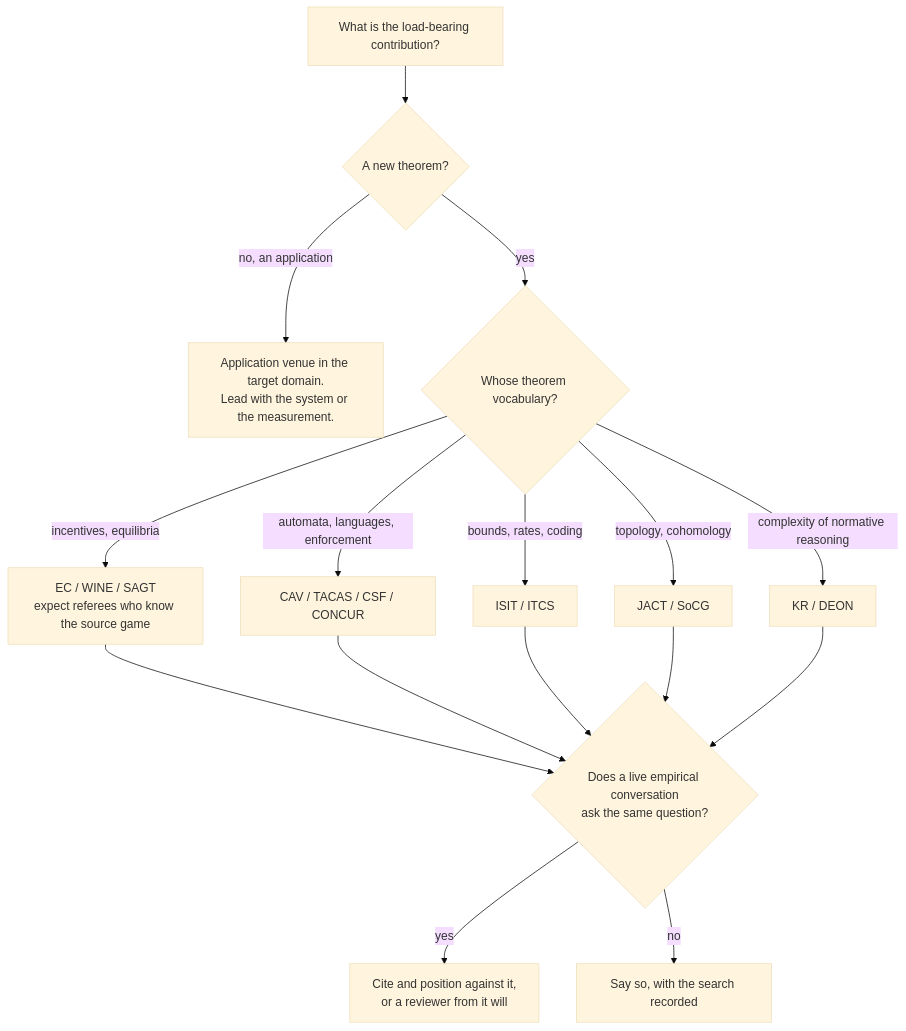
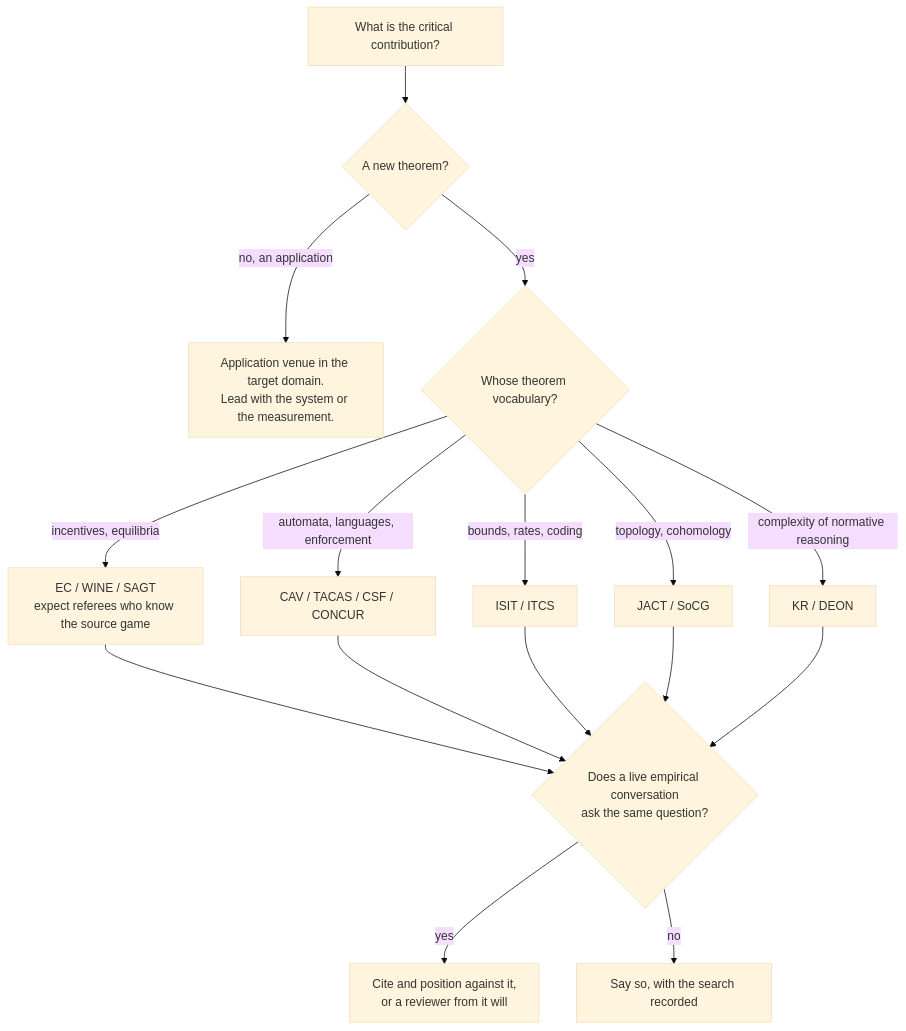
The diagram in skills/research-paper-submission/references/venue-map.md (curiositech/port-daddy), drawn with Mermaid (base theme) before and after one commit. The commit also changed 540 other files, not shown here.

````diff
--- a/skills/research-paper-submission/references/venue-map.md
+++ b/skills/research-paper-submission/references/venue-map.md
@@ -134,18 +134,18 @@
 ```mermaid
 flowchart TD
-  A[What is the load-bearing contribution?] --> B{A new theorem?}
+  A[What is the critical contribution?] --> B{A new theorem?}
   B -->|no, an application| C[Application venue in the target domain.<br/>Lead with the system or the measurement.]
   B -->|yes| D{Whose theorem vocabulary?}
   D -->|incentives, equilibria| E[EC / WINE / SAGT<br/>expect referees who know the source game]
   D -->|automata, languages, enforcement| F[CAV / TACAS / CSF / CONCUR]
   D -->|bounds, rates, coding| G[ISIT / ITCS]
   D -->|topology, cohomology| H[JACT / SoCG]
   D -->|complexity of normative reasoning| I[KR / DEON]
   E --> J{Does a live empirical conversation<br/>ask the same question?}
   F --> J
   G --> J
   H --> J
   I --> J
   J -->|yes| K[Cite and position against it,<br/>or a reviewer from it will]
   J -->|no| L[Say so, with the search recorded]
 ```
````
